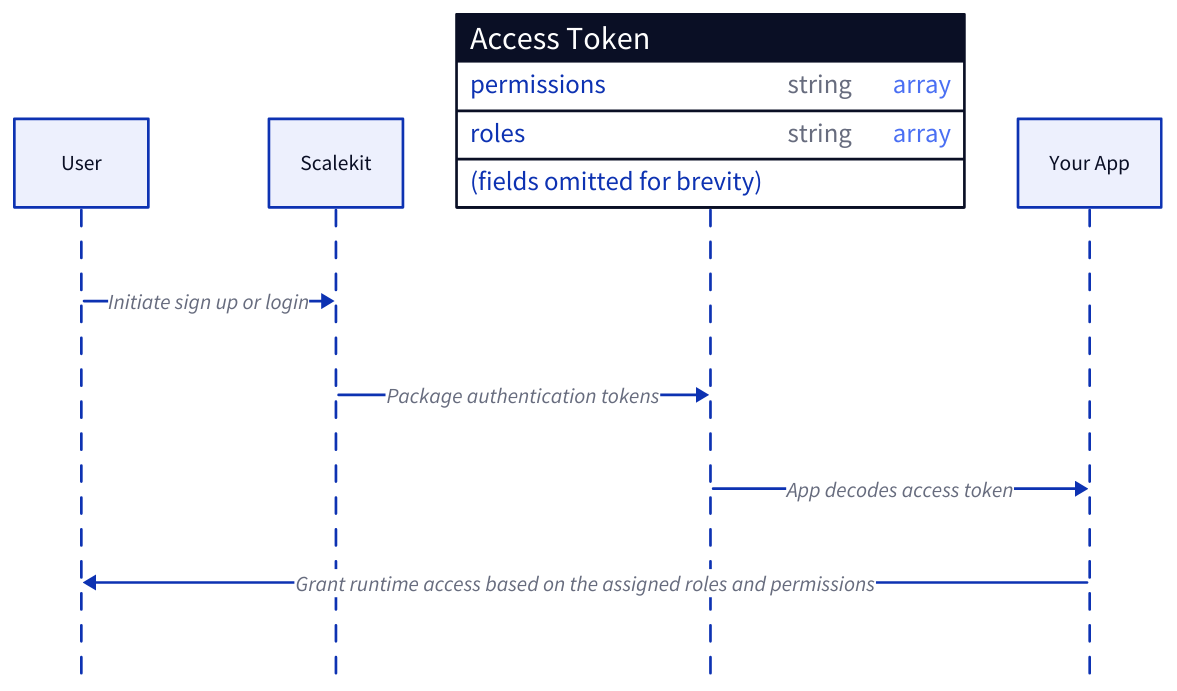
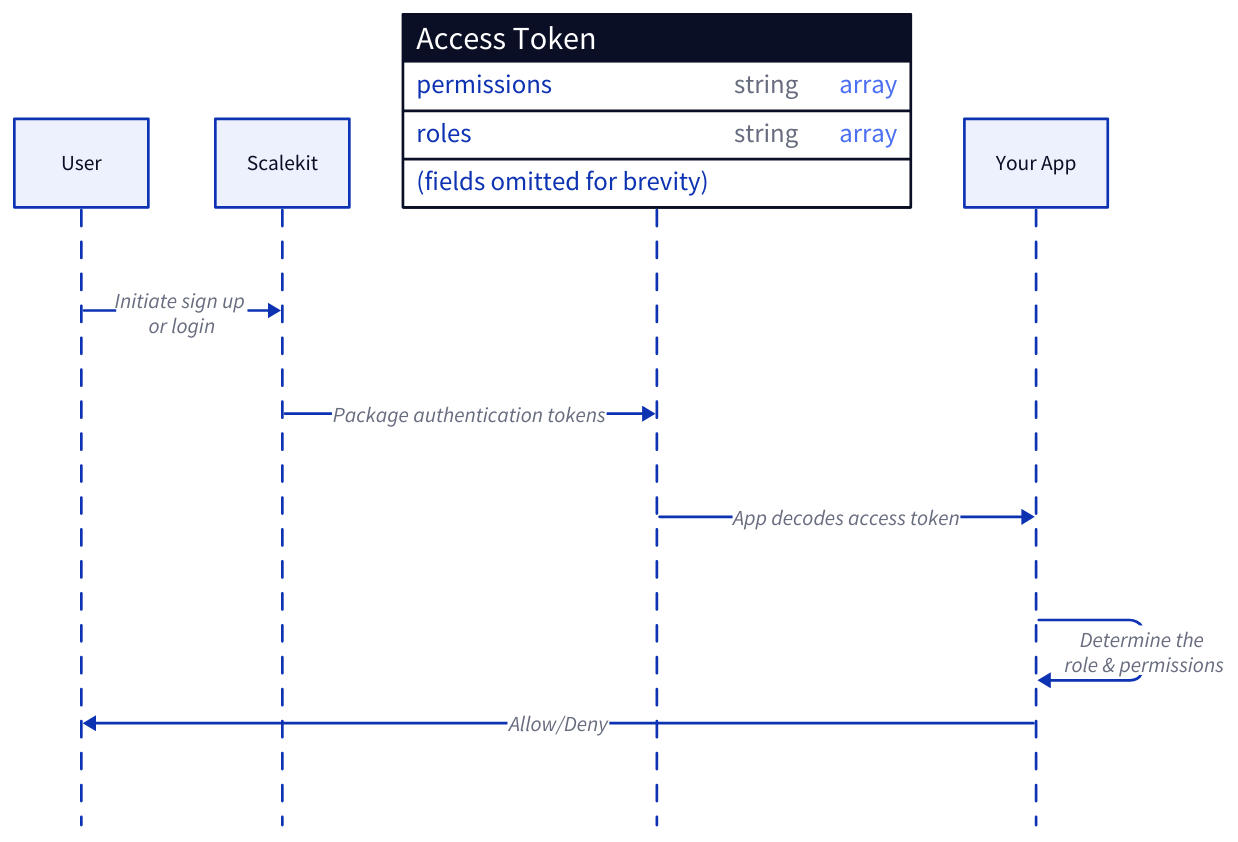
The diagram in src/content/docs/authenticate/authz/overview.mdx (scalekit-inc/developer-docs), drawn with D2 before and after one commit. The commit also changed other lines of this file and 4 other files, not shown here.

````diff
--- a/src/content/docs/authenticate/authz/overview.mdx
+++ b/src/content/docs/authenticate/authz/overview.mdx
@@ -24,15 +25,16 @@
 ```d2 pad=50
 shape: sequence_diagram
 
-User -> Scalekit: Initiate sign up or login
+User -> Scalekit: Initiate sign up \n or login
 Scalekit -> Access Token: Package authentication tokens
 Access Token -> Your App: App decodes access token
-Your App -> User: Grant runtime access based on the assigned roles and permissions
+Your App -> Your App: Determine the \nrole & permissions
+Your App -> User: Allow/Deny
 
 Access Token: {
   shape: sql_table
   permissions: string {constraint: array}
   roles: string {constraint: array}
   "(fields omitted for brevity)"
 }
 ```
````
